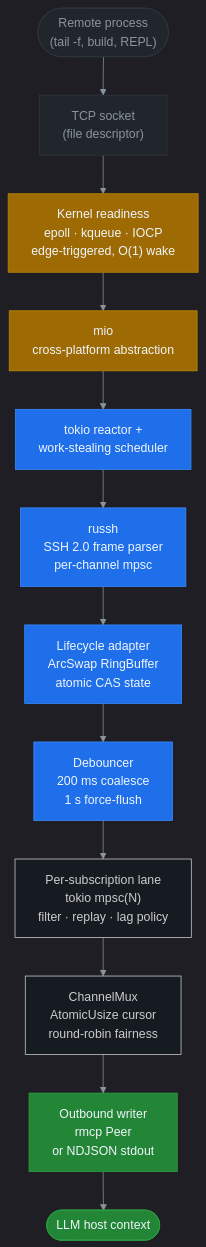
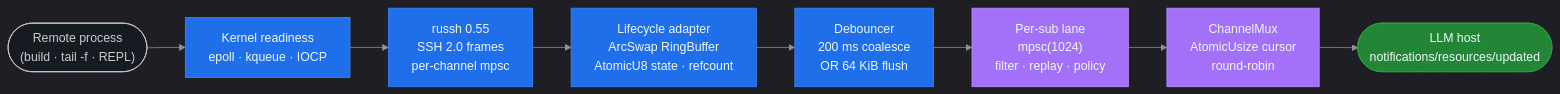
Before and after one commit to farchanjo/ssh-mcp: the first of 2 diagrams in README.md, drawn with Mermaid. The commit also changed other lines of this file, not shown here.

````diff
--- a/README.md
+++ b/README.md
@@ -131,39 +121,21 @@
 ```mermaid
-%%{init: {'theme':'dark','themeVariables':{'primaryColor':'#1f6feb','primaryTextColor':'#f0f6fc','primaryBorderColor':'#388bfd','lineColor':'#8b949e','secondaryColor':'#161b22','tertiaryColor':'#21262d','background':'#0d1117','mainBkg':'#161b22','secondBkg':'#21262d','tertiaryBkg':'#0d1117','nodeTextColor':'#f0f6fc','edgeLabelBackground':'#21262d','clusterBkg':'#161b22','clusterBorder':'#30363d','titleColor':'#f0f6fc'}}}%%
-flowchart TB
-    REMOTE(["Remote process<br/>(tail -f, build, REPL)"])
-    SOCK["TCP socket<br/>(file descriptor)"]
-    KERNEL["Kernel readiness<br/>epoll · kqueue · IOCP<br/>edge-triggered, O(1) wake"]
-    MIO["mio<br/>cross-platform abstraction"]
-    REACTOR["tokio reactor +<br/>work-stealing scheduler"]
-    RUSSH["russh<br/>SSH 2.0 frame parser<br/>per-channel mpsc"]
-    LIFECYCLE["Lifecycle adapter<br/>ArcSwap RingBuffer<br/>atomic CAS state"]
-    DEBOUNCE["Debouncer<br/>200 ms coalesce<br/>1 s force-flush"]
-    LANE["Per-subscription lane<br/>tokio mpsc(N)<br/>filter · replay · lag policy"]
-    MUX["ChannelMux<br/>AtomicUsize cursor<br/>round-robin fairness"]
-    OUT["Outbound writer<br/>rmcp Peer<br/>or NDJSON stdout"]
-    LLM(["LLM host context"])
+%%{init: {'theme':'dark','themeVariables':{'primaryColor':'#1f6feb','primaryTextColor':'#f0f6fc','primaryBorderColor':'#388bfd','lineColor':'#8b949e','background':'#0d1117','mainBkg':'#161b22','clusterBkg':'#161b22','clusterBorder':'#30363d'}}}%%
+flowchart LR
+    REM(["Remote process<br/>(build · tail -f · REPL)"])
+    KER["Kernel readiness<br/>epoll · kqueue · IOCP"]
+    RUSSH["russh 0.55<br/>SSH 2.0 frames<br/>per-channel mpsc"]
+    LIFE["Lifecycle adapter<br/>ArcSwap RingBuffer<br/>AtomicU8 state · refcount"]
+    DEB["Debouncer<br/>200 ms coalesce<br/>OR 64 KiB flush"]
+    LANE["Per-sub lane<br/>mpsc(1024)<br/>filter · replay · policy"]
+    MUX["ChannelMux<br/>AtomicUsize cursor<br/>round-robin"]
+    OUT(["LLM host<br/>notifications/resources/updated"])
 
-    REMOTE --> SOCK
-    SOCK --> KERNEL
-    KERNEL --> MIO
-    MIO --> REACTOR
-    REACTOR --> RUSSH
-    RUSSH --> LIFECYCLE
-    LIFECYCLE --> DEBOUNCE
-    DEBOUNCE --> LANE
-    LANE --> MUX
-    MUX --> OUT
-    OUT --> LLM
+    REM --> KER --> RUSSH --> LIFE --> DEB --> LANE --> MUX --> OUT
 
-    classDef remote fill:#21262d,color:#8b949e,stroke:#30363d
-    classDef kernel fill:#9e6a03,color:#f0f6fc,stroke:#bf8700
     classDef rt fill:#1f6feb,color:#f0f6fc,stroke:#388bfd
     classDef mux fill:#a371f7,color:#f0f6fc,stroke:#bc8cff
     classDef host fill:#238636,color:#f0f6fc,stroke:#2ea043
-    class REMOTE,SOCK remote
-    class KERNEL,MIO kernel
-    class REACTOR,RUSSH,LIFECYCLE,DEBOUNCE rt
-    class LANE,MUX out
-    class OUT,LLM host
+    class KER,RUSSH,LIFE,DEB rt
+    class LANE,MUX mux
+    class OUT host
 ```
````
